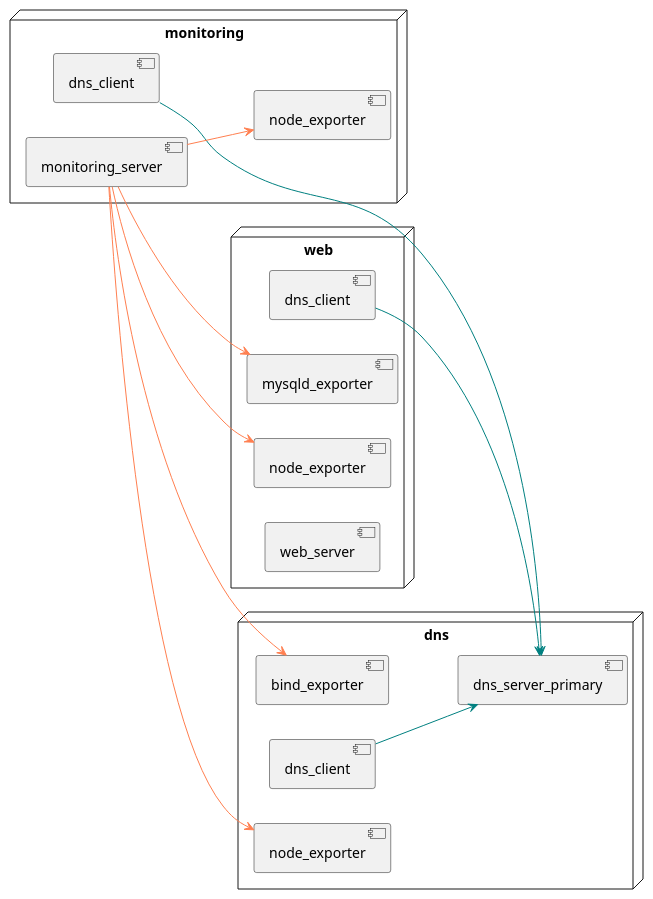
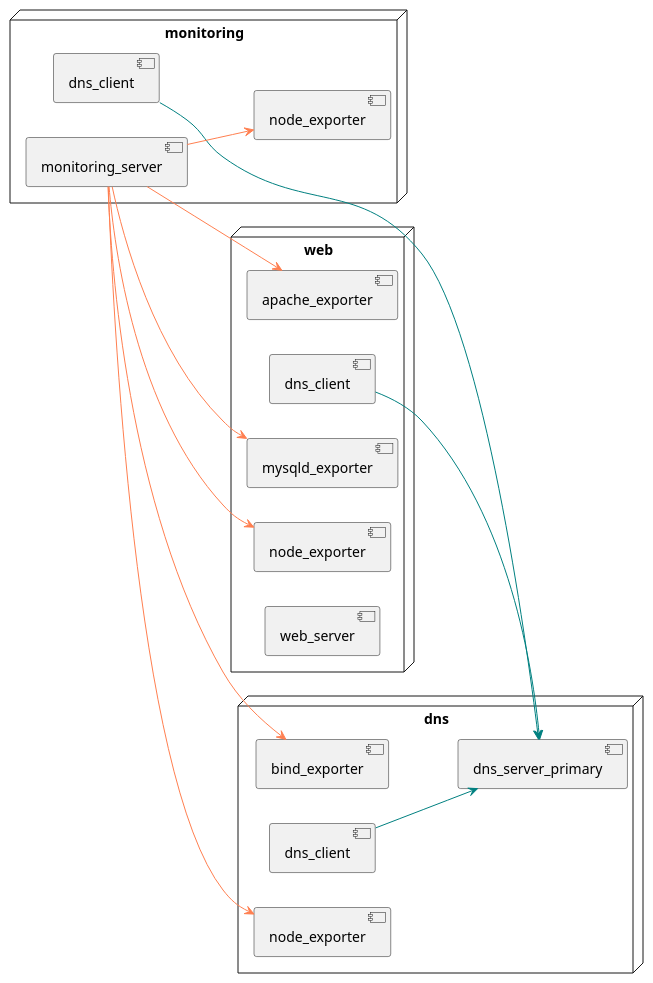
Before and after one commit to lucasluduenasegre/plantuml2ansible: the fifth of 5 diagrams in README.md, drawn with PlantUML. The commit also changed other lines of this file and 3 other files, not shown here.

````diff
--- a/README.md
+++ b/README.md
@@ -303,80 +303,82 @@
 ```plantuml
 @startuml test_env
 /'
 Diagram name definition
 
 Format: @startuml <diagram_name>
 
 Note: if no diagram name is specified, the filename is used as a fallback for
 naming the output directory. This name should match the network diagram's.
 '/
 
 /'
 Required line; qualifies component names with their parent host identifier,
 preventing name collisions for roles that appear on multiple hosts (e.g.
 dns.node_exporter vs web.node_exporter).
 '/
 set separator .
 
 ' Purely visual, won't have any effect on the parser
 left to right direction
 
 /'
 Host definition
 
 Notes:
 - By default <description> will be used as the resulting hostname;
 <host_identifier> is the fallback if <description> is unused.
 - Underscores in the hostname will be converted to hyphens, due to Unix conventions.
 
 Format:
 node <host_identifier> as <description>
 '/
-node web as "web" {
+node web {
     /'
     Role definition
 
     Format:
     component <role_identifier>
     '/
+    component apache_exporter
     component dns_client
     component mysqld_exporter
     component node_exporter
     component web_server
 }
 
-node dns as "dns" {
+node dns {
     component bind_exporter
     component dns_client
     component dns_server_primary
     component node_exporter
 }
 
 node mon as "monitoring" {
     component dns_client
     component monitoring_server
     component node_exporter
 }
 
 /'
 Role-to-role connections
 
 Note: Arrows must always point from left to right, but can be styled according to
       https://crashedmind.github.io/PlantUMLHitchhikersGuide/layout/layout.html
 
 Format:
 <host_identifier>.<role_identifier> --> <host_identifier>.<role_identifier>
 '/
 dns.dns_client -[#teal]-> dns.dns_server_primary
 
 mon.dns_client -[#teal]-> dns.dns_server_primary
 mon.monitoring_server -[#coral]-> dns.bind_exporter
 mon.monitoring_server -[#coral]-> dns.node_exporter
 mon.monitoring_server -[#coral]-> mon.node_exporter
+mon.monitoring_server -[#coral]-> web.apache_exporter
 mon.monitoring_server -[#coral]-> web.mysqld_exporter
 mon.monitoring_server -[#coral]-> web.node_exporter
 
 web.dns_client -[#teal]-> dns.dns_server_primary
 
 @enduml
 ```
````
